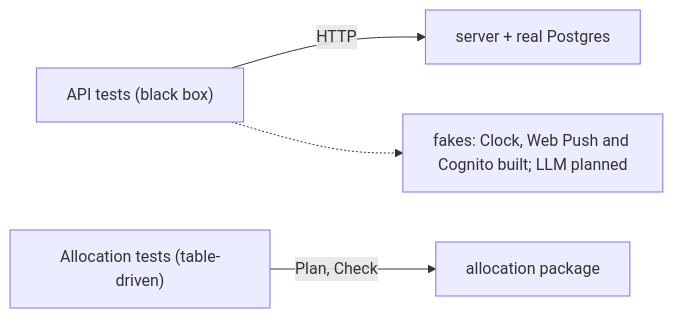
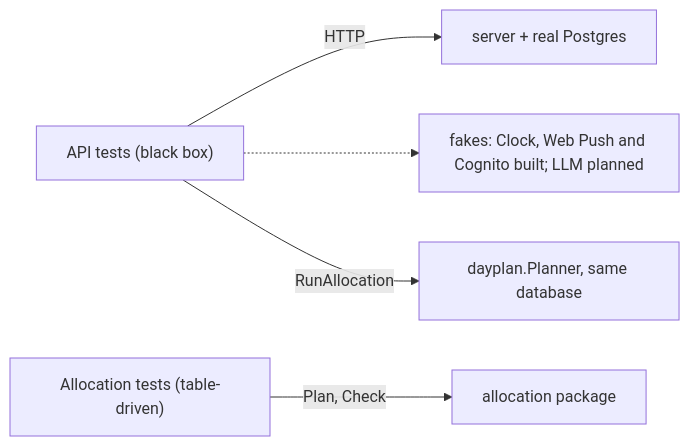
The third of 3 diagrams in docs/architecture/backend.md (AbnerWillclefy/Homeowner), drawn with Mermaid before and after one commit. The commit also changed other lines of this file and 12 other files, not shown here.

````diff
--- a/docs/architecture/backend.md
+++ b/docs/architecture/backend.md
@@ -157,6 +167,7 @@
 ```mermaid
 flowchart LR
     T1["API tests (black box)"] -->|HTTP| S["server + real Postgres"]
     T1 -.-> F["fakes: Clock, Web Push and Cognito built; LLM planned"]
+    T1 -->|"RunAllocation"| P["dayplan.Planner, same database"]
     T2["Allocation tests (table-driven)"] -->|Plan, Check| A["allocation package"]
 ```
````
